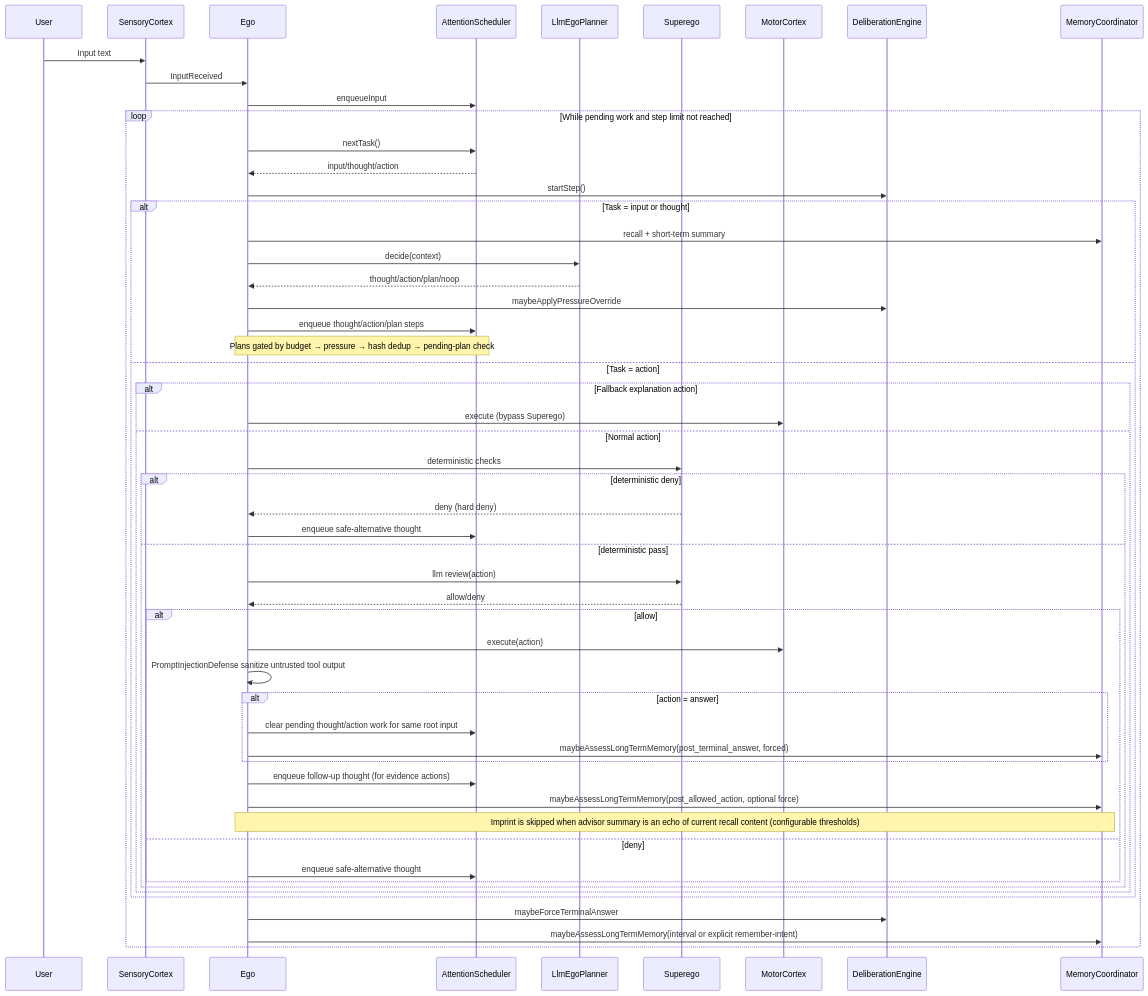
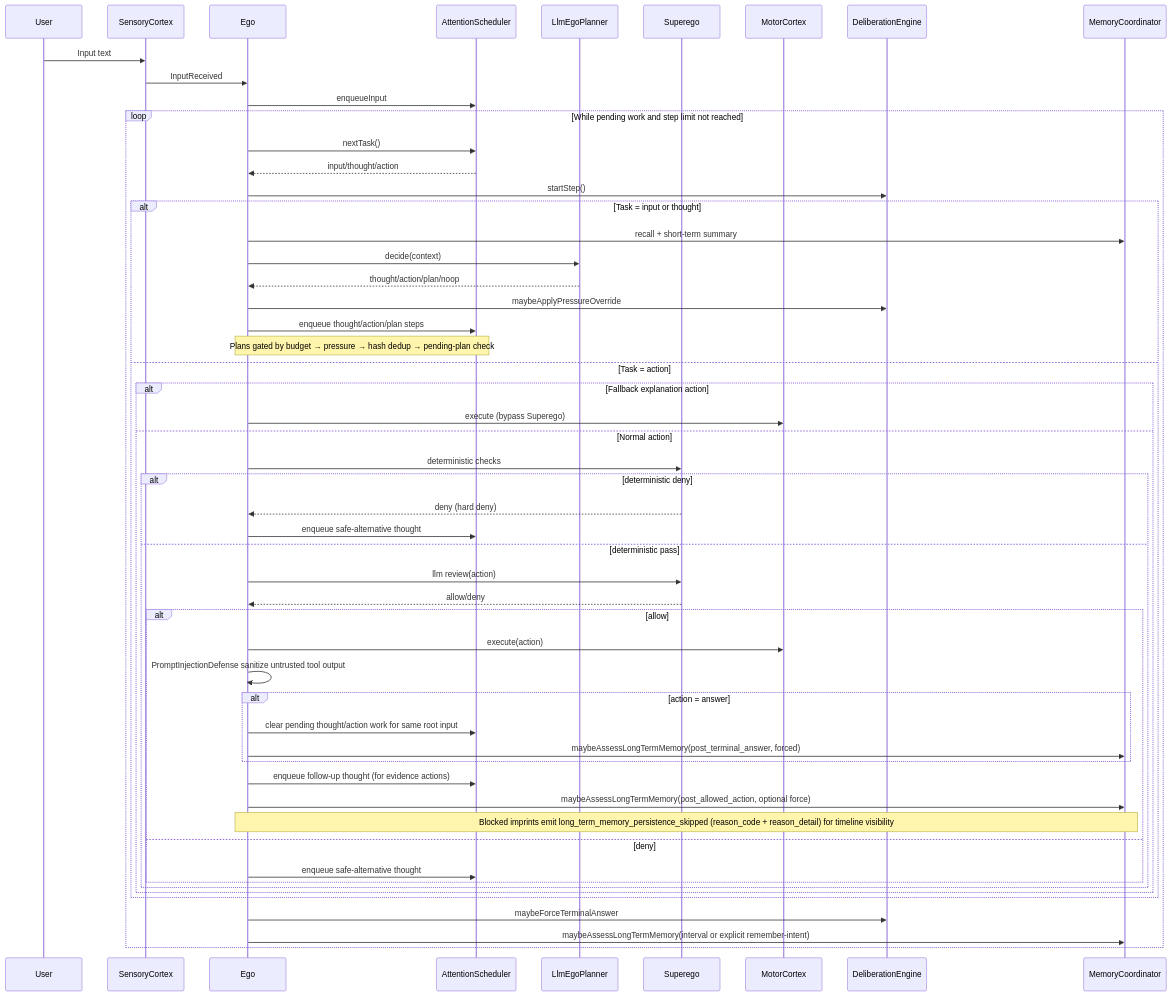
The second of 4 diagrams in AGENT_LOGIC_DIAGRAM.md (neopsyke/NeoPsyke), drawn with Mermaid before and after one commit. The commit also changed 5 other files, not shown here.

Commit message:
Add new event for logs/visibility on memory save rejection

````diff
--- a/AGENT_LOGIC_DIAGRAM.md
+++ b/AGENT_LOGIC_DIAGRAM.md
@@ -42,60 +42,60 @@
 ```mermaid
 sequenceDiagram
     participant User
     participant SC as SensoryCortex
     participant Ego
     participant Sched as AttentionScheduler
     participant Planner as LlmEgoPlanner
     participant Sup as Superego
     participant Motor as MotorCortex
     participant Delib as DeliberationEngine
     participant Mem as MemoryCoordinator
 
     User->>SC: Input text
     SC->>Ego: InputReceived
     Ego->>Sched: enqueueInput
 
     loop While pending work and step limit not reached
         Ego->>Sched: nextTask()
         Sched-->>Ego: input/thought/action
         Ego->>Delib: startStep()
 
         alt Task = input or thought
             Ego->>Mem: recall + short-term summary
             Ego->>Planner: decide(context)
             Planner-->>Ego: thought/action/plan/noop
             Ego->>Delib: maybeApplyPressureOverride
             Ego->>Sched: enqueue thought/action/plan steps
             Note over Ego,Sched: Plans gated by budget → pressure → hash dedup → pending-plan check
         else Task = action
             alt Fallback explanation action
                 Ego->>Motor: execute (bypass Superego)
             else Normal action
                 Ego->>Sup: deterministic checks
                 alt deterministic deny
                     Sup-->>Ego: deny (hard deny)
                     Ego->>Sched: enqueue safe-alternative thought
                 else deterministic pass
                     Ego->>Sup: llm review(action)
                     Sup-->>Ego: allow/deny
                     alt allow
                         Ego->>Motor: execute(action)
                         Ego->>Ego: PromptInjectionDefense sanitize untrusted tool output
                         alt action = answer
                             Ego->>Sched: clear pending thought/action work for same root input
                             Ego->>Mem: maybeAssessLongTermMemory(post_terminal_answer, forced)
                         end
                         Ego->>Sched: enqueue follow-up thought (for evidence actions)
                         Ego->>Mem: maybeAssessLongTermMemory(post_allowed_action, optional force)
-                        Note over Ego,Mem: Imprint is skipped when advisor summary is an echo of current recall content (configurable thresholds)
+                        Note over Ego,Mem: Blocked imprints emit long_term_memory_persistence_skipped (reason_code + reason_detail) for timeline visibility
                     else deny
                         Ego->>Sched: enqueue safe-alternative thought
                     end
                 end
             end
         end
 
         Ego->>Delib: maybeForceTerminalAnswer
         Ego->>Mem: maybeAssessLongTermMemory(interval or explicit remember-intent)
     end
 ```
````
